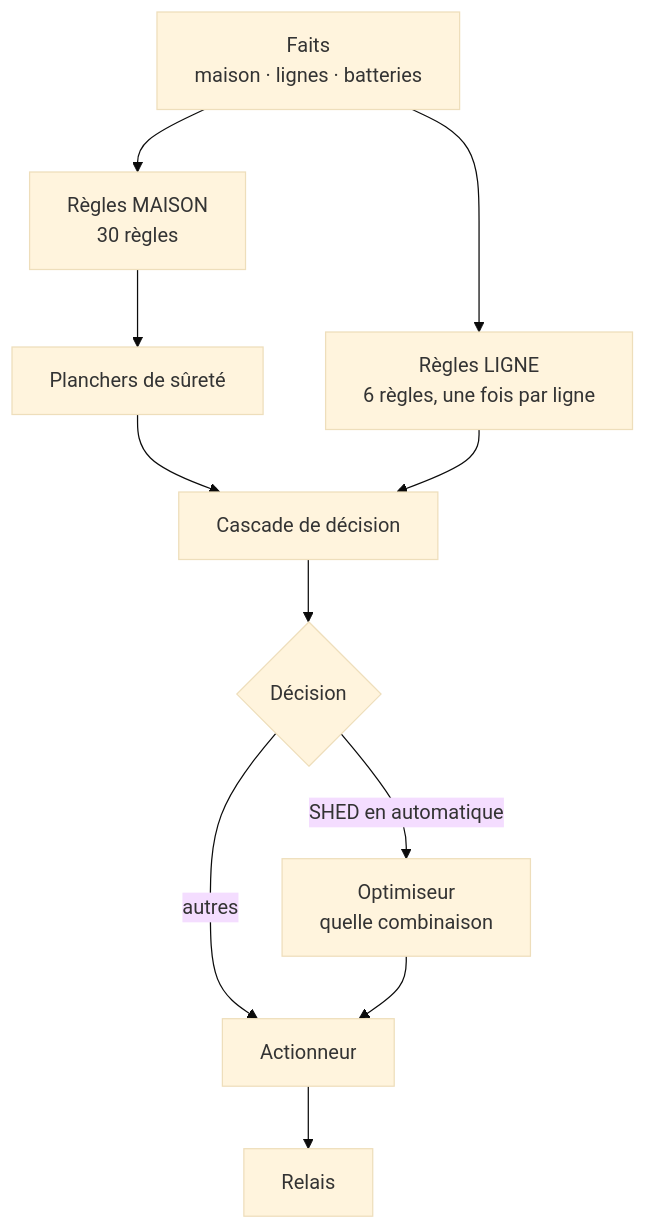
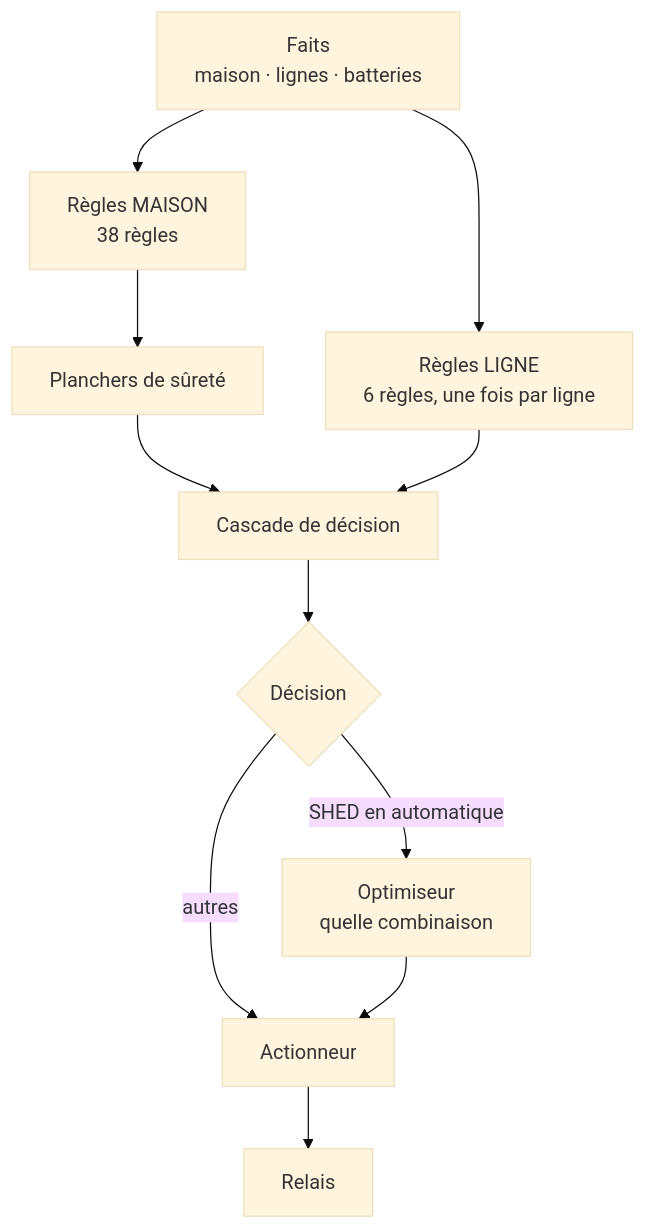
One commit to kevinManda17/energyMS changed the first of 2 diagrams in docs/SYSTEME_EXPERT.md. Above: the diagram before and after it, drawn with Mermaid (base theme). The commit also changed other lines of this file and 12 other files, not shown here.

````diff
--- a/docs/SYSTEME_EXPERT.md
+++ b/docs/SYSTEME_EXPERT.md
@@ -16,13 +16,13 @@
 ```mermaid
 flowchart TD
-    F["Faits<br/>maison · lignes · batteries"] --> H["Règles MAISON<br/>30 règles"]
+    F["Faits<br/>maison · lignes · batteries"] --> H["Règles MAISON<br/>38 règles"]
     H --> S["Planchers de sûreté"]
     S --> C["Cascade de décision"]
     F --> L["Règles LIGNE<br/>6 règles, une fois par ligne"]
     L --> C
     C --> D{"Décision"}
     D -- "SHED en automatique" --> O["Optimiseur<br/>quelle combinaison"]
     D -- "autres" --> A["Actionneur"]
     O --> A
     A --> R["Relais"]
 ```
````
